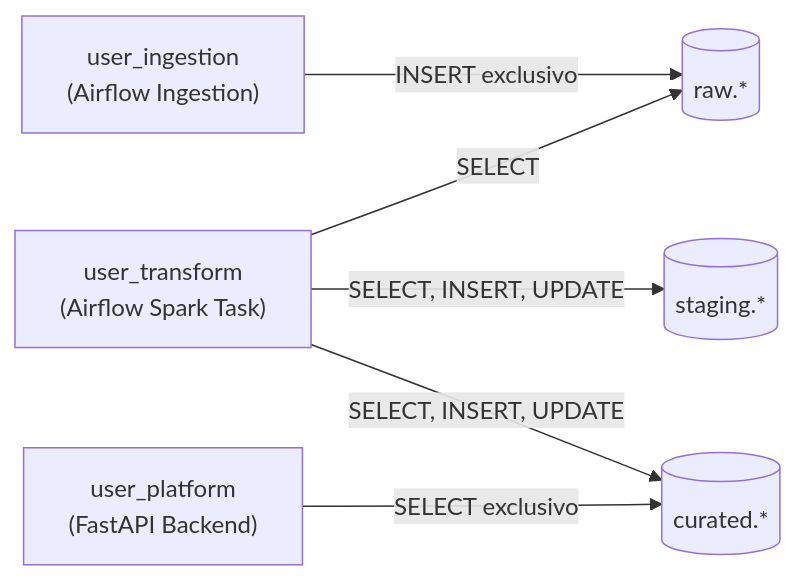
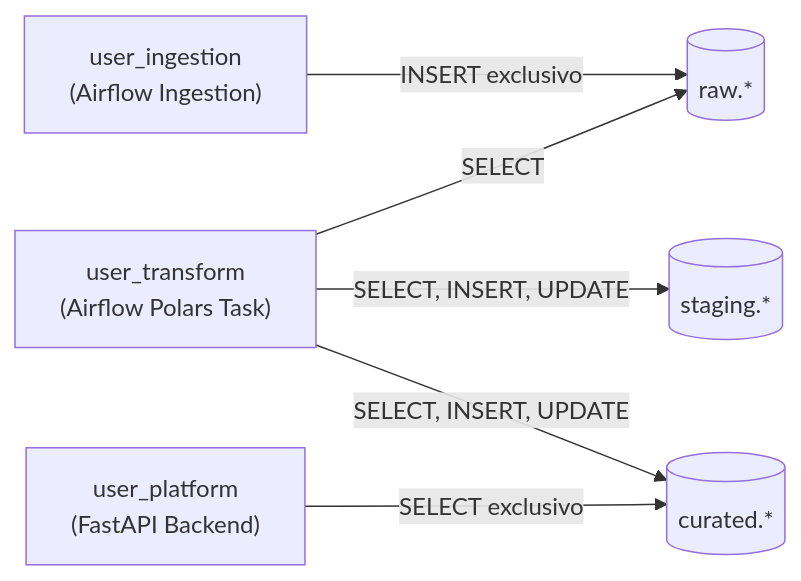
One commit to dypok/pruebaIA4devs2 changed the diagram in docs/SECURITY.md. Above: the diagram before and after it, drawn with Mermaid. The commit also changed 10 other files, not shown here.

Commit message:
feat(transform): migrate from Apache Spark to Polars vector engine, remove Java 17, and optimize Parquet writing in memory

````diff
--- a/docs/SECURITY.md
+++ b/docs/SECURITY.md
@@ -7,16 +7,16 @@
 ```mermaid
 flowchart LR
     IngestRole["user_ingestion<br/>(Airflow Ingestion)"]
-    TransformRole["user_transform<br/>(Airflow Spark Task)"]
+    TransformRole["user_transform<br/>(Airflow Polars Task)"]
     PlatformRole["user_platform<br/>(FastAPI Backend)"]
 
     RawSchema[("raw.*")]
     StagingSchema[("staging.*")]
     CuratedSchema[("curated.*")]
 
     IngestRole -->|INSERT exclusivo| RawSchema
     TransformRole -->|SELECT| RawSchema
     TransformRole -->|SELECT, INSERT, UPDATE| StagingSchema
     TransformRole -->|SELECT, INSERT, UPDATE| CuratedSchema
     PlatformRole -->|SELECT exclusivo| CuratedSchema
 ```
````
